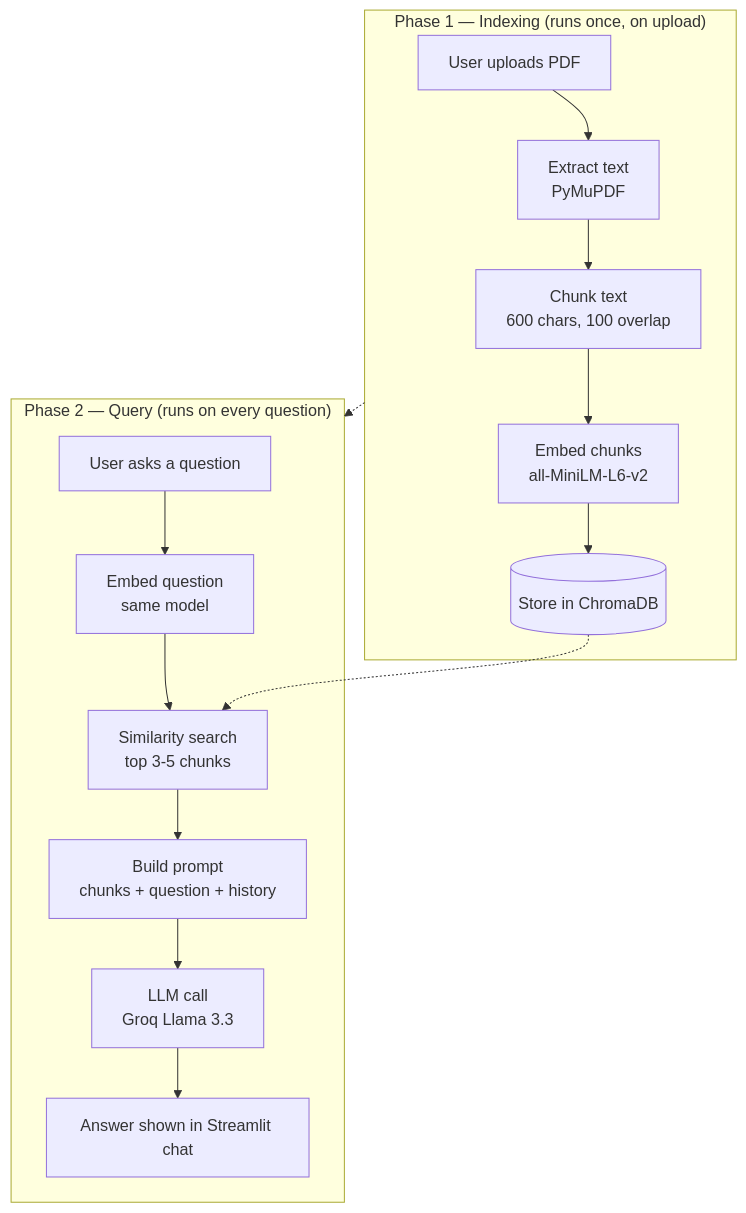
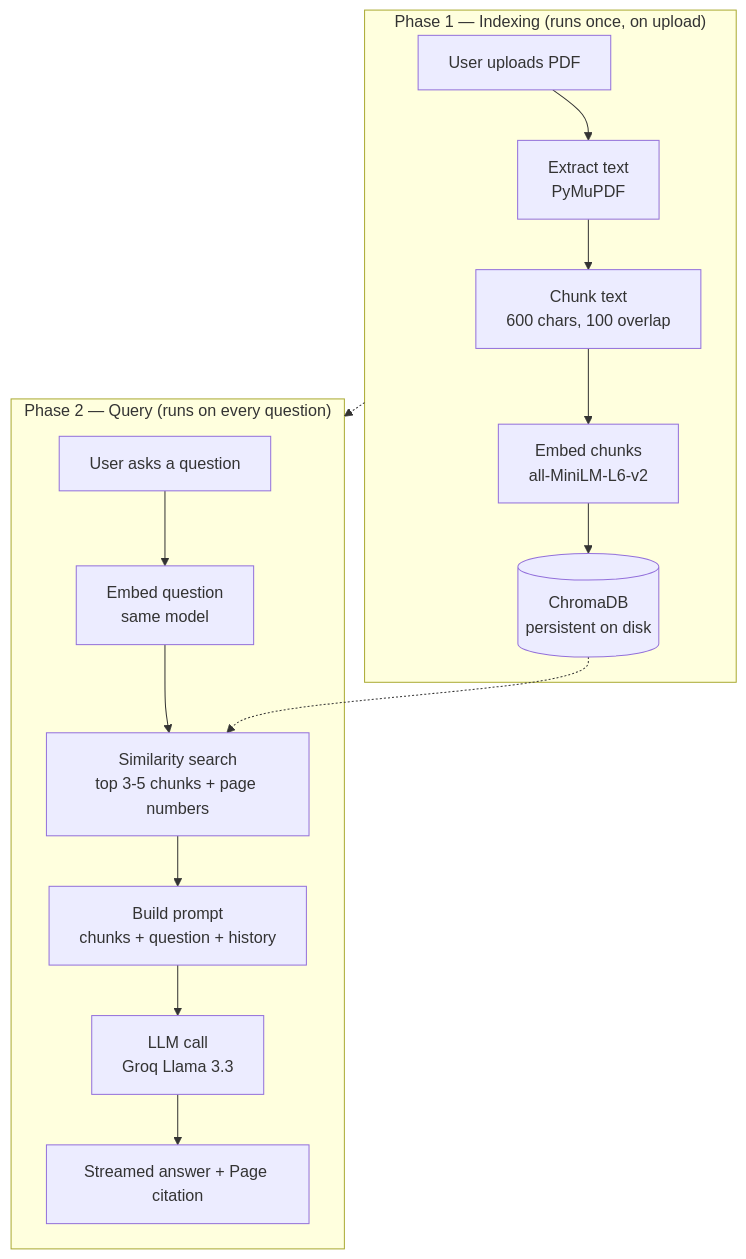
Before and after one commit to shreyapatro/pdf-chatbot: the diagram in README.md, drawn with Mermaid. The commit also changed other lines of this file, not shown here.

First line of the commit message:
Update README with features and project roadmap

````diff
--- a/README.md
+++ b/README.md
@@ -25,20 +36,20 @@
 ```mermaid
 flowchart TD
     subgraph Phase1["Phase 1 — Indexing (runs once, on upload)"]
         A[User uploads PDF] --> B[Extract text<br/>PyMuPDF]
         B --> C[Chunk text<br/>600 chars, 100 overlap]
         C --> D[Embed chunks<br/>all-MiniLM-L6-v2]
-        D --> E[(Store in ChromaDB)]
+        D --> E[(ChromaDB<br/>persistent on disk)]
     end
 
     subgraph Phase2["Phase 2 — Query (runs on every question)"]
         F[User asks a question] --> G[Embed question<br/>same model]
-        G --> H[Similarity search<br/>top 3-5 chunks]
+        G --> H[Similarity search<br/>top 3-5 chunks + page numbers]
         E -.-> H
         H --> I[Build prompt<br/>chunks + question + history]
         I --> J[LLM call<br/>Groq Llama 3.3]
-        J --> K[Answer shown in Streamlit chat]
+        J --> K[Streamed answer + Page citation]
     end
 
     Phase1 -.-> Phase2
 ```
````
